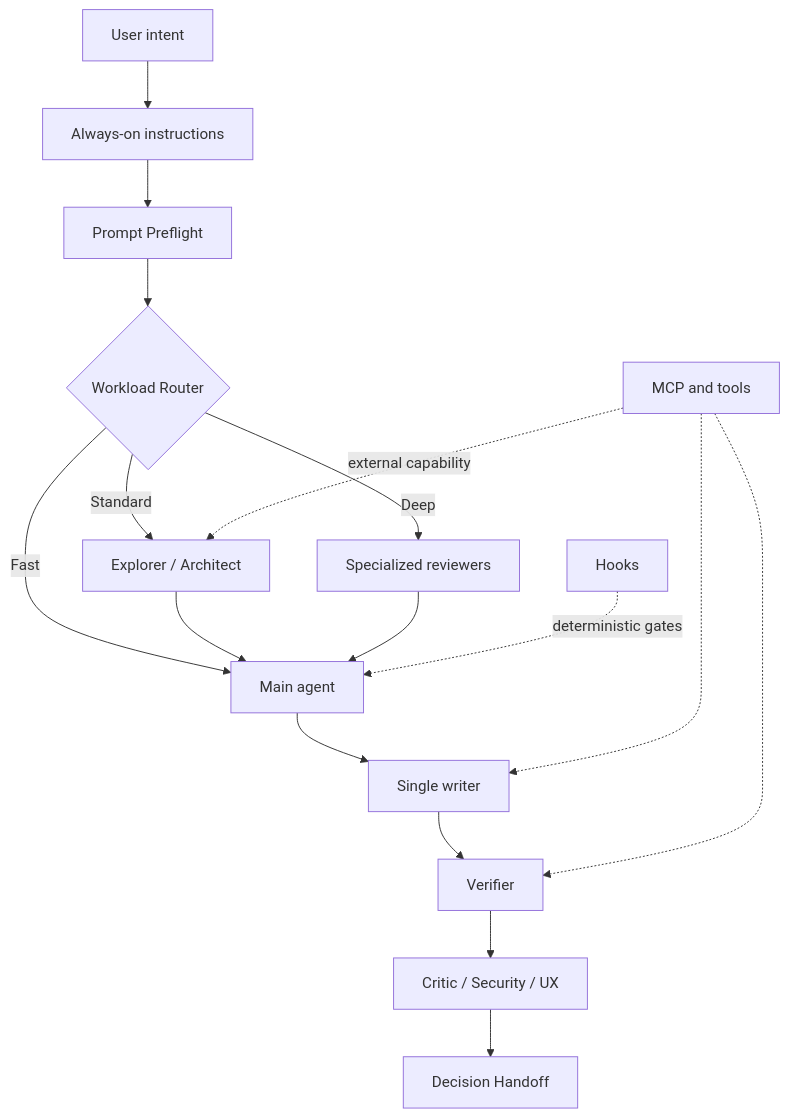
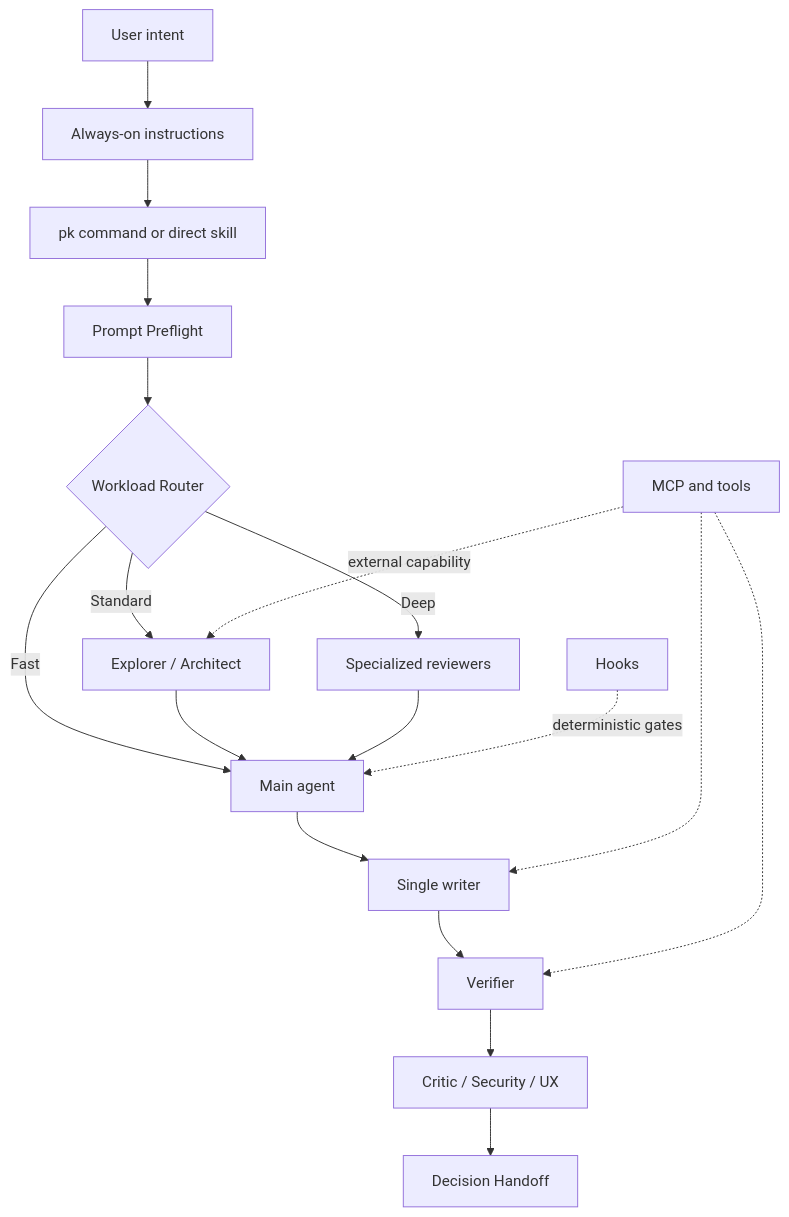
The diagram in docs/ARCHITECTURE.md (tyreamer/ai-engineering-powerkit), drawn with Mermaid before and after one commit. The commit also changed other lines of this file and 52 other files, not shown here.

````diff
--- a/docs/ARCHITECTURE.md
+++ b/docs/ARCHITECTURE.md
@@ -59,19 +102,20 @@
 ```mermaid
 flowchart TB
     U[User intent] --> I[Always-on instructions]
-    I --> P[Prompt Preflight]
+    I --> K[pk command or direct skill]
+    K --> P[Prompt Preflight]
     P --> R{Workload Router}
     R -->|Fast| M[Main agent]
     R -->|Standard| E[Explorer / Architect]
     R -->|Deep| S[Specialized reviewers]
     E --> M
     S --> M
     M --> W[Single writer]
     W --> V[Verifier]
     V --> C[Critic / Security / UX]
     C --> H[Decision Handoff]
     X[Hooks] -. deterministic gates .-> M
     T[MCP and tools] -. external capability .-> E
     T -.-> W
     T -.-> V
 ```
````
